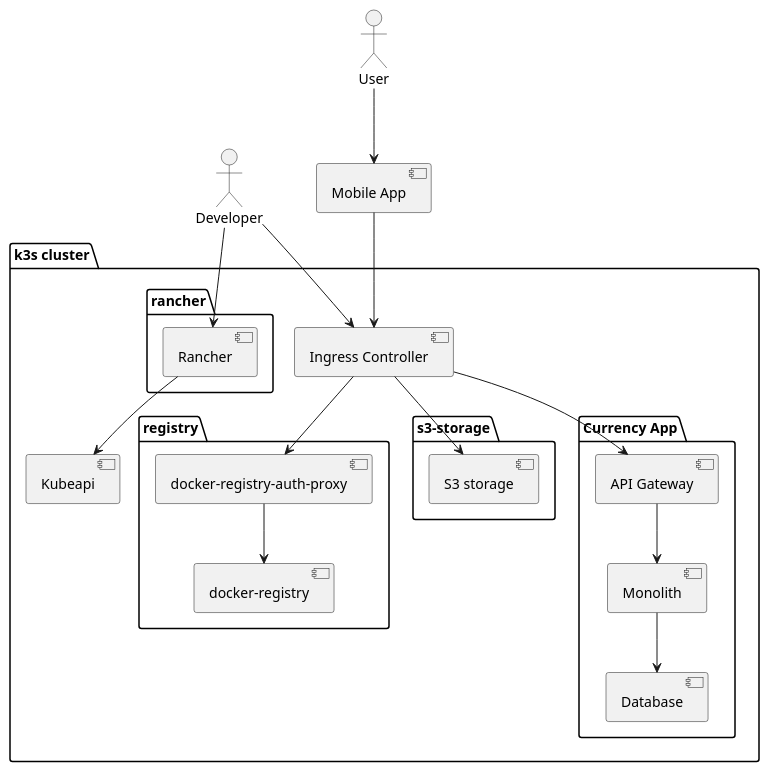
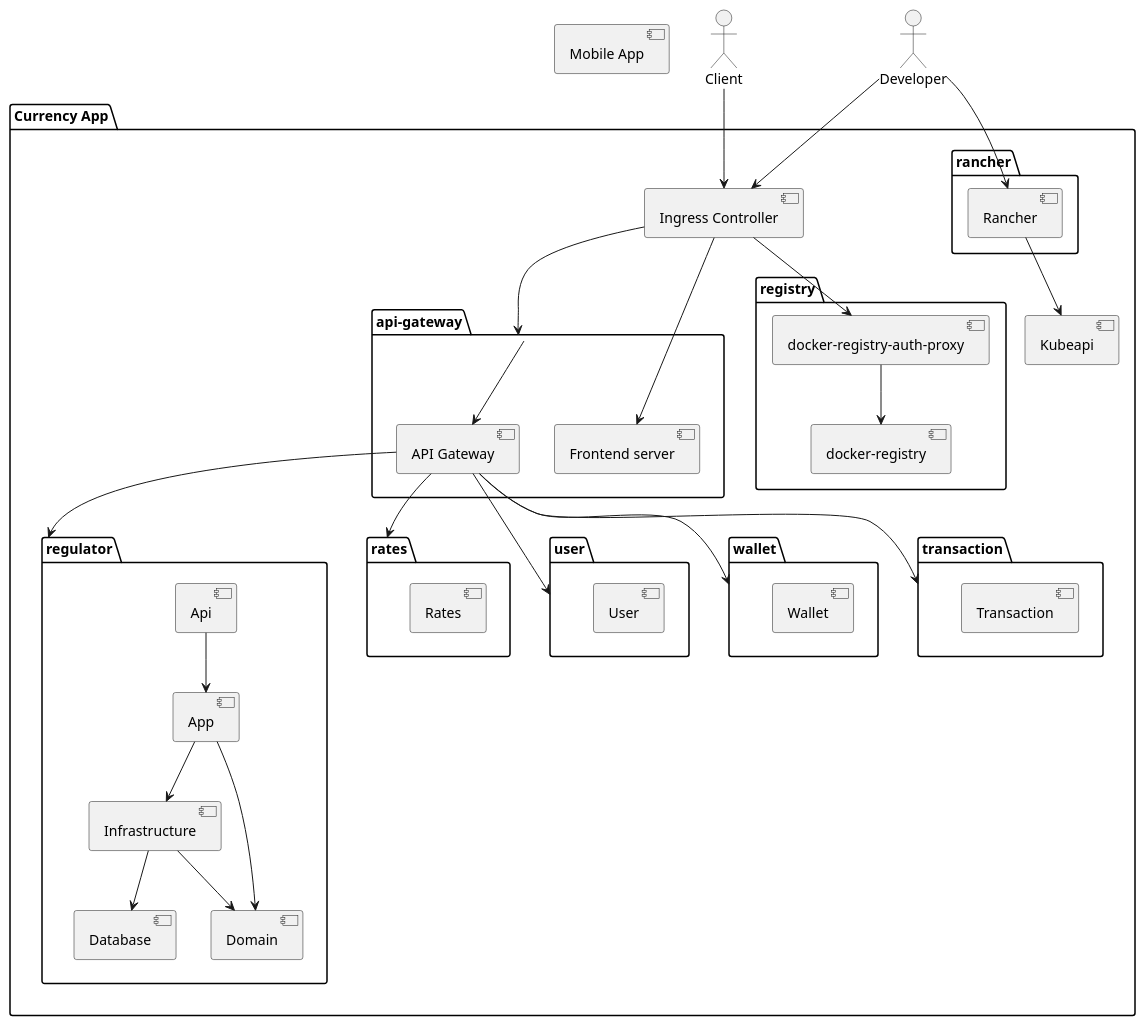
Before and after one commit to nightnoryu/software-design: the diagram in 3. Технические процессы/Infrastructure.puml, drawn with PlantUML.

Commit message:
Запилил Infrastructure Diagram

```diff
--- a/3. Технические процессы/Infrastructure.puml
+++ b/3. Технические процессы/Infrastructure.puml
@@ -1,42 +1,65 @@
 @startuml Infrastructure Diagram
 [Mobile App]
-package "k3s cluster" {
-    package "Currency App" {
+package "Currency App" {
+    package "api-gateway" {
+        [Frontend server]
+        [API Gateway]
+    }
+    package "regulator" {
+        [Api]
+        [App]
+        [Infrastructure]
+        [Domain]
         [Database]
-        [API Gateway]
-        [Monolith]
+    }
+    package "rates" {
+        [Rates]
+    }
+    package "user" {
+        [User]
+    }
+    package "wallet" {
+        [Wallet]
+    }
+    package "transaction" {
+        [Transaction]
     }
     package "registry" {
         [docker-registry]
         [docker-registry-auth-proxy]
-    }
-    package "s3-storage" {
-        [S3 storage] as Minio
     }
     package "rancher" {
         [Rancher]
     }
     [Ingress Controller]
     [Kubeapi]
 }
 
 [docker-registry-auth-proxy] --> [docker-registry]
 
+[Api] --> [App]
+[App] --> [Infrastructure]
+[App] --> [Domain]
+[Infrastructure] --> [Domain]
+[Infrastructure] --> [Database]
+
 [Ingress Controller] --> [docker-registry-auth-proxy]
-[Ingress Controller] --> [Minio]
-[Ingress Controller] --> [API Gateway]
+[Ingress Controller] --> [api-gateway]
+[Ingress Controller] --> [Frontend server]
 
-[API Gateway] --> [Monolith]
-
-[Monolith] --> [Database]
+[api-gateway] --> [API Gateway]
+[API Gateway] --> [regulator]
+[API Gateway] --> [rates]
+[API Gateway] --> [user]
+[API Gateway] --> [wallet]
+[API Gateway] --> [transaction]
 
 
-actor User
-[User] --> [Mobile App]
-[Mobile App] --> [Ingress Controller]
+actor Client
+[Client] --> [Ingress Controller]
 
 actor Developer
 [Developer] --> [Rancher]
 [Developer] --> [Ingress Controller]
 [Rancher] --> [Kubeapi]
 @enduml
```
